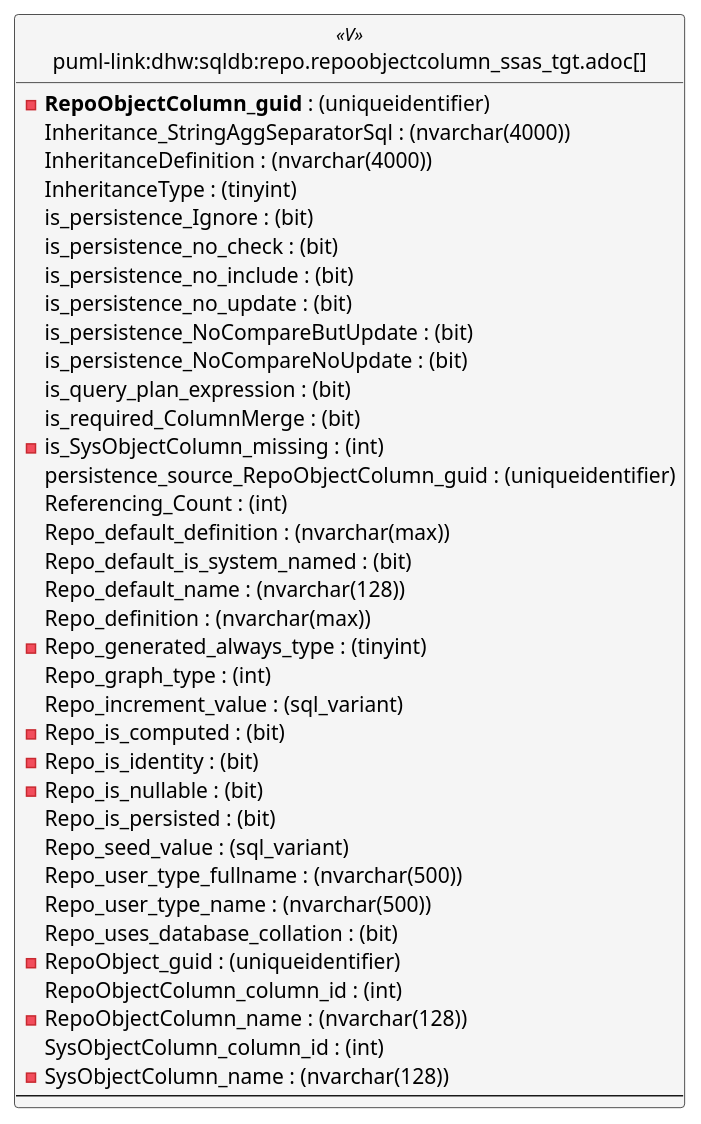
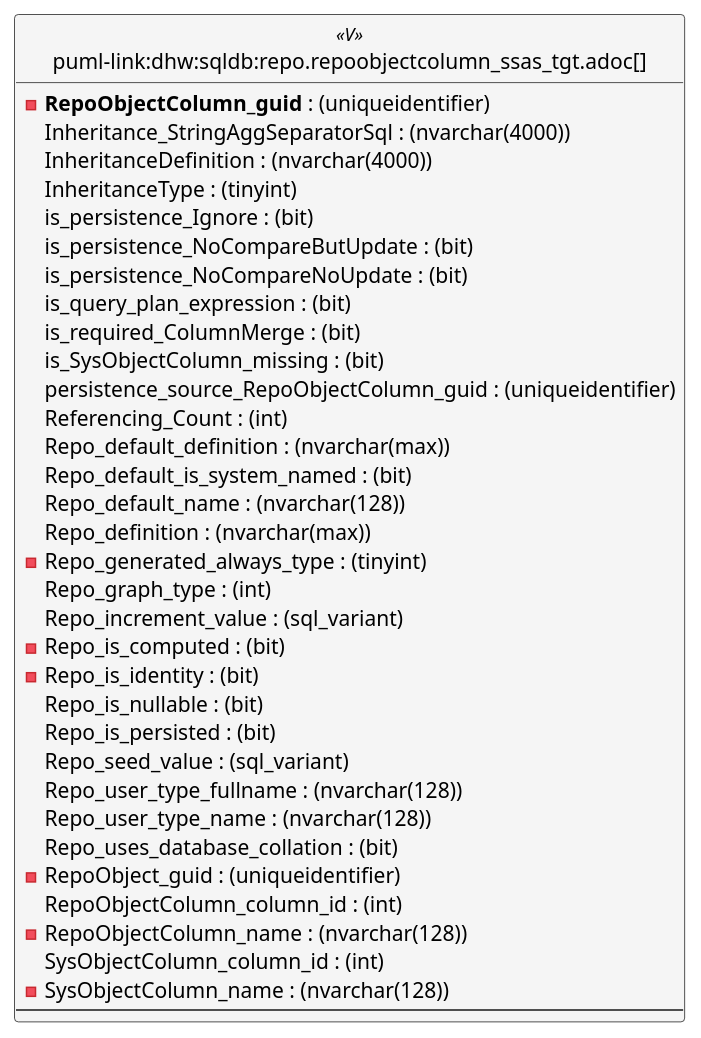
The first of 6 diagrams in docs/modules/sqldb/partials/content/repo.repoobjectcolumn_ssas_tgt.adoc (DataHandwerk/dhw-antora-sqldb), drawn with PlantUML before and after one commit. The commit also changed other lines of this file and 641 other files, not shown here.

```diff
--- a/docs/modules/sqldb/partials/content/repo.repoobjectcolumn_ssas_tgt.adoc
+++ b/docs/modules/sqldb/partials/content/repo.repoobjectcolumn_ssas_tgt.adoc
@@ -1316,68 +1316,65 @@
 [plantuml, entity-{docname}, svg, subs=macros]
 ....
 'Left to right direction
 top to bottom direction
 hide circle
 'avoide "." issues:
 set namespaceSeparator none
 
 
 skinparam class {
   BackgroundColor White
   BackgroundColor<<FN>> Yellow
   BackgroundColor<<FS>> Yellow
   BackgroundColor<<FT>> LightGray
   BackgroundColor<<IF>> Yellow
   BackgroundColor<<IS>> Yellow
   BackgroundColor<<P>>  Aqua
   BackgroundColor<<PC>> Aqua
   BackgroundColor<<SN>> Yellow
   BackgroundColor<<SO>> SlateBlue
   BackgroundColor<<TF>> LightGray
   BackgroundColor<<TR>> Tomato
   BackgroundColor<<U>>  White
   BackgroundColor<<V>>  WhiteSmoke
   BackgroundColor<<X>>  Aqua
   BackgroundColor<<external>> AliceBlue
 }
 
 
 entity "puml-link:dhw:sqldb:repo.repoobjectcolumn_ssas_tgt.adoc[]" as repo.RepoObjectColumn_SSAS_tgt << V >> {
   - **RepoObjectColumn_guid** : (uniqueidentifier)
   Inheritance_StringAggSeparatorSql : (nvarchar(4000))
   InheritanceDefinition : (nvarchar(4000))
   InheritanceType : (tinyint)
   is_persistence_Ignore : (bit)
-  is_persistence_no_check : (bit)
-  is_persistence_no_include : (bit)
-  is_persistence_no_update : (bit)
   is_persistence_NoCompareButUpdate : (bit)
   is_persistence_NoCompareNoUpdate : (bit)
   is_query_plan_expression : (bit)
   is_required_ColumnMerge : (bit)
-  - is_SysObjectColumn_missing : (int)
+  is_SysObjectColumn_missing : (bit)
   persistence_source_RepoObjectColumn_guid : (uniqueidentifier)
   Referencing_Count : (int)
   Repo_default_definition : (nvarchar(max))
   Repo_default_is_system_named : (bit)
   Repo_default_name : (nvarchar(128))
   Repo_definition : (nvarchar(max))
   - Repo_generated_always_type : (tinyint)
   Repo_graph_type : (int)
   Repo_increment_value : (sql_variant)
   - Repo_is_computed : (bit)
   - Repo_is_identity : (bit)
-  - Repo_is_nullable : (bit)
+  Repo_is_nullable : (bit)
   Repo_is_persisted : (bit)
   Repo_seed_value : (sql_variant)
-  Repo_user_type_fullname : (nvarchar(500))
-  Repo_user_type_name : (nvarchar(500))
+  Repo_user_type_fullname : (nvarchar(128))
+  Repo_user_type_name : (nvarchar(128))
   Repo_uses_database_collation : (bit)
   - RepoObject_guid : (uniqueidentifier)
   RepoObjectColumn_column_id : (int)
   - RepoObjectColumn_name : (nvarchar(128))
   SysObjectColumn_column_id : (int)
   - SysObjectColumn_name : (nvarchar(128))
   --
 }
 ....
```
